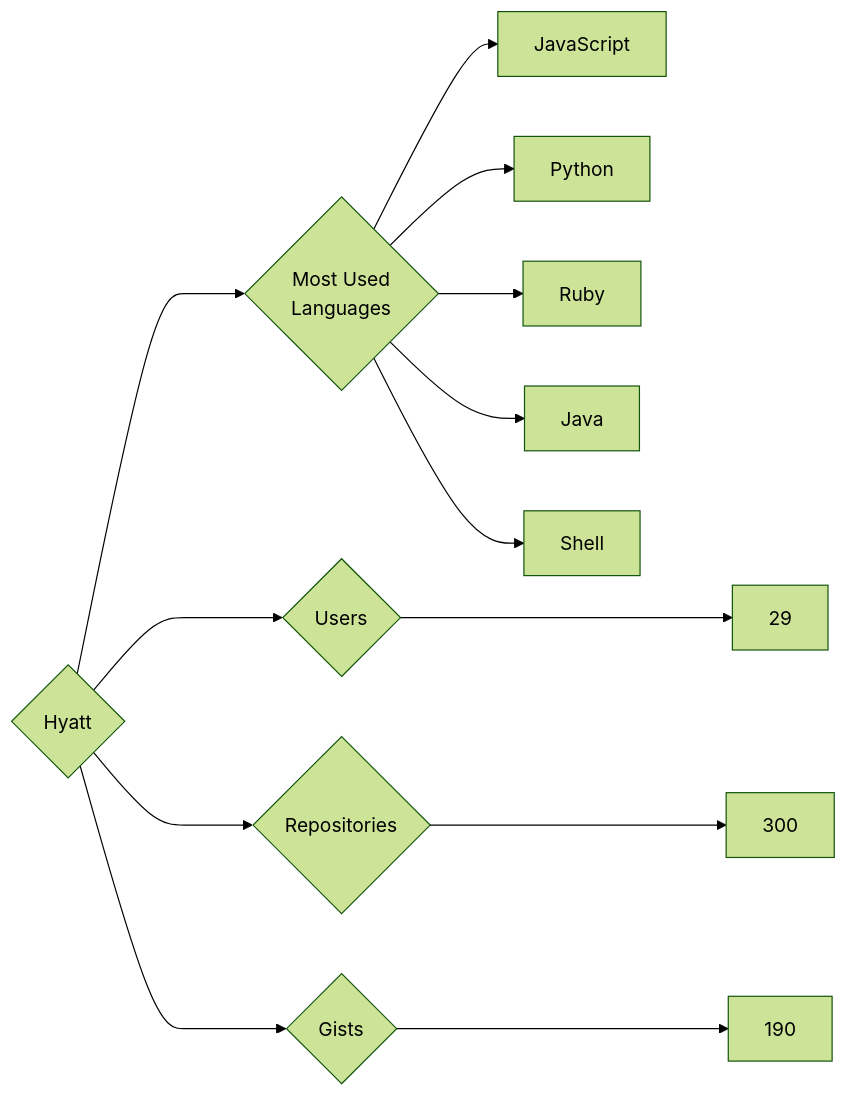
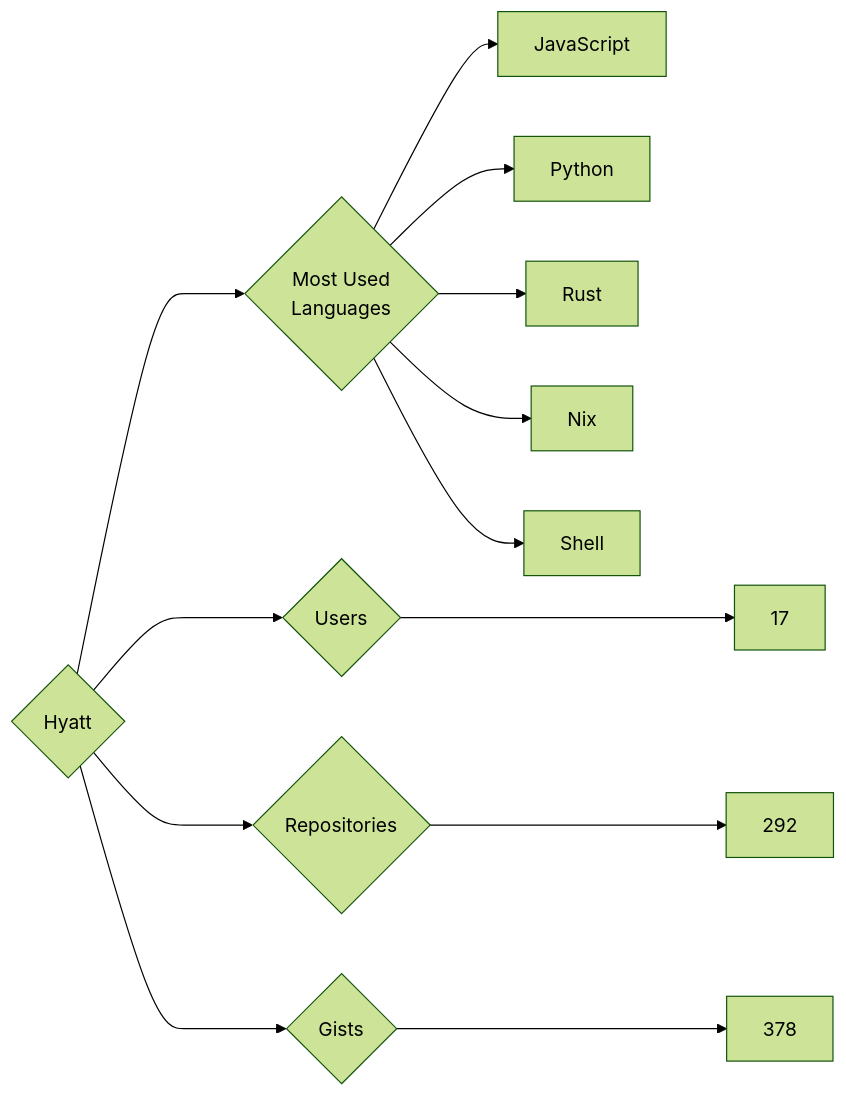
Before and after one commit to trickest/insiders: the diagram in targets/Hyatt/README.md, drawn with Mermaid (forest theme). The commit also changed 925 other files, not shown here.

````diff
--- a/targets/Hyatt/README.md
+++ b/targets/Hyatt/README.md
@@ -3,13 +3,13 @@
 ```mermaid
 graph LR
 COMPANY_NAME{Hyatt}
-COMPANY_NAME ---> U{Users} ---> UN[29]
-COMPANY_NAME ---> R{Repositories} ---> RN[300]
-COMPANY_NAME ---> G{Gists} ---> GN[190]
+COMPANY_NAME ---> U{Users} ---> UN[17]
+COMPANY_NAME ---> R{Repositories} ---> RN[292]
+COMPANY_NAME ---> G{Gists} ---> GN[378]
 COMPANY_NAME ---> ML{Most Used<br>Languages}
 ML --> JavaScript[JavaScript]
 ML --> Python[Python]
-ML --> Ruby[Ruby]
-ML --> Java[Java]
+ML --> Rust[Rust]
+ML --> Nix[Nix]
 ML --> Shell[Shell]
 ```
````
